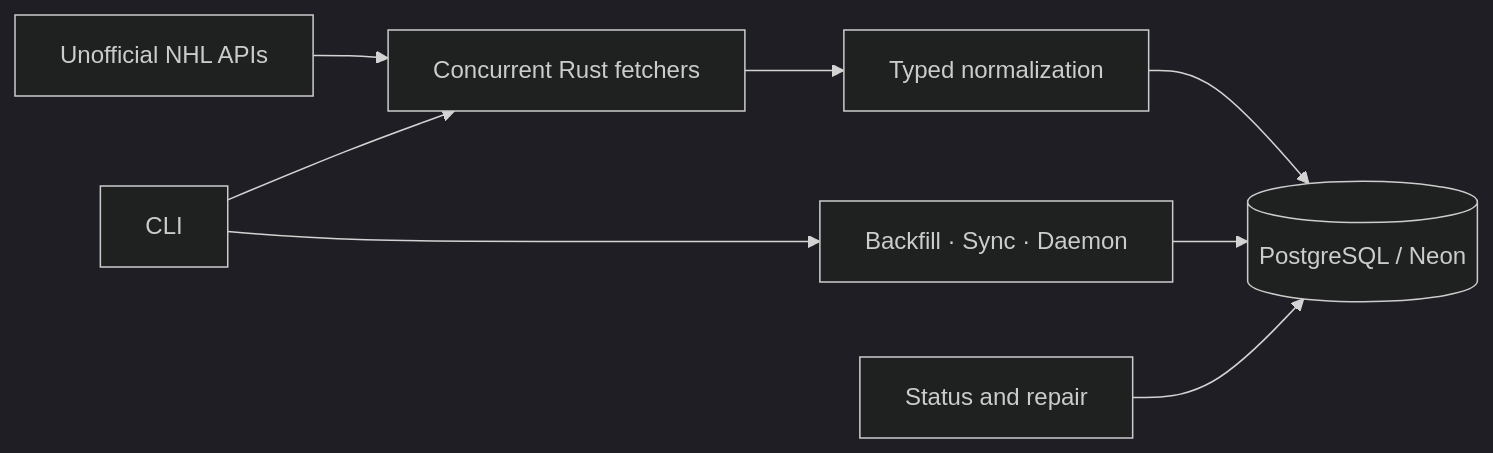
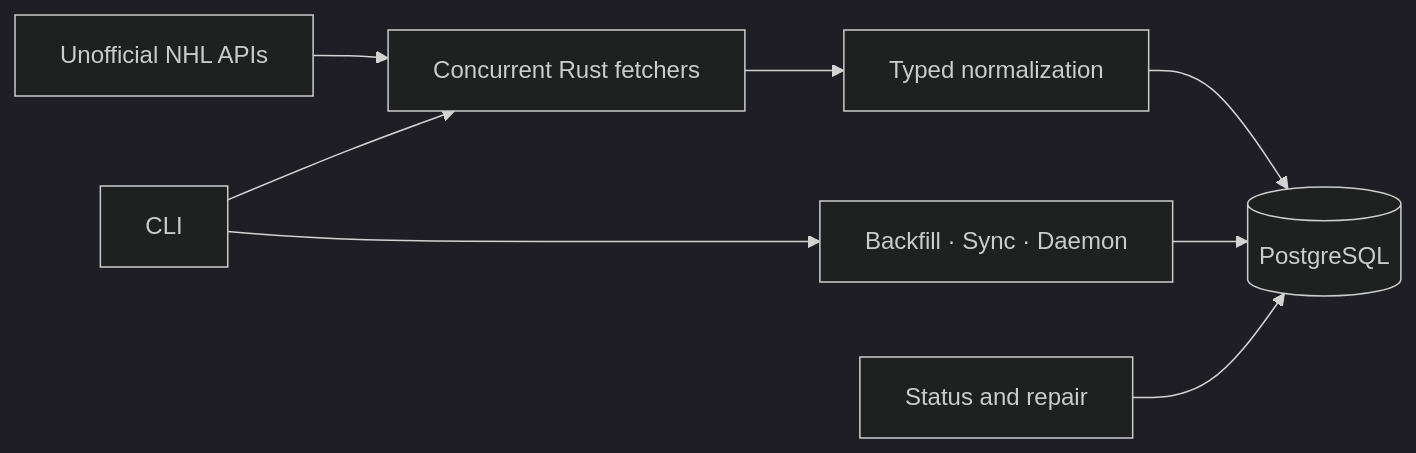
One commit to jberezow/PucksData changed the diagram in README.md. Above: the diagram before and after it, drawn with Mermaid (dark theme). The commit also changed other lines of this file, not shown here.

````diff
--- a/README.md
+++ b/README.md
@@ -14,10 +14,10 @@
 ```mermaid
 flowchart LR
     NHL[Unofficial NHL APIs] --> Fetch[Concurrent Rust fetchers]
     Fetch --> Normalize[Typed normalization]
-    Normalize --> PG[(PostgreSQL / Neon)]
+    Normalize --> PG[(PostgreSQL)]
     CLI[CLI] --> Fetch
     CLI --> Ops[Backfill · Sync · Daemon]
     Ops --> PG
     Health[Status and repair] --> PG
 ```
````
